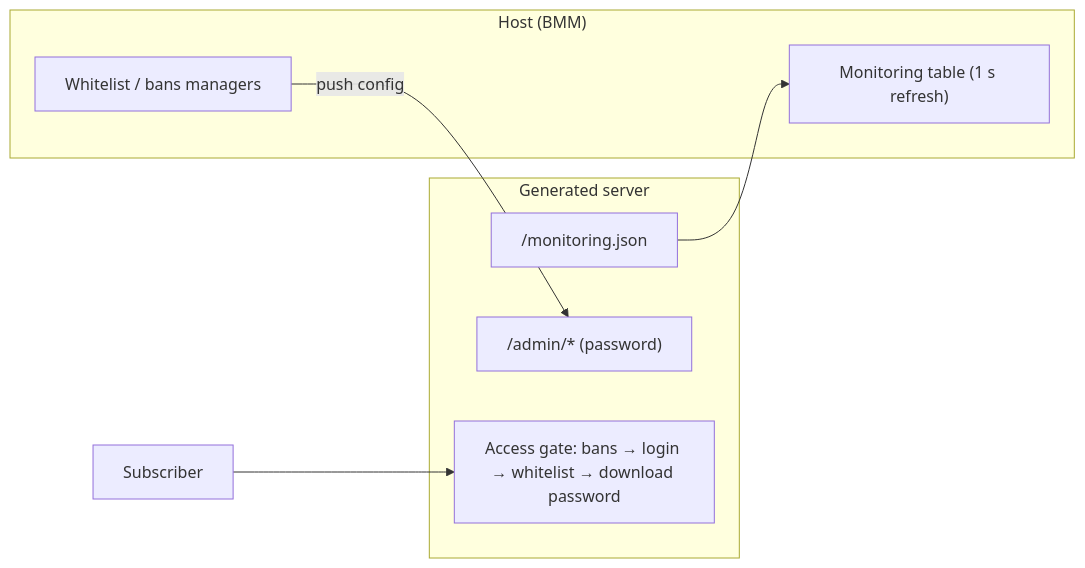
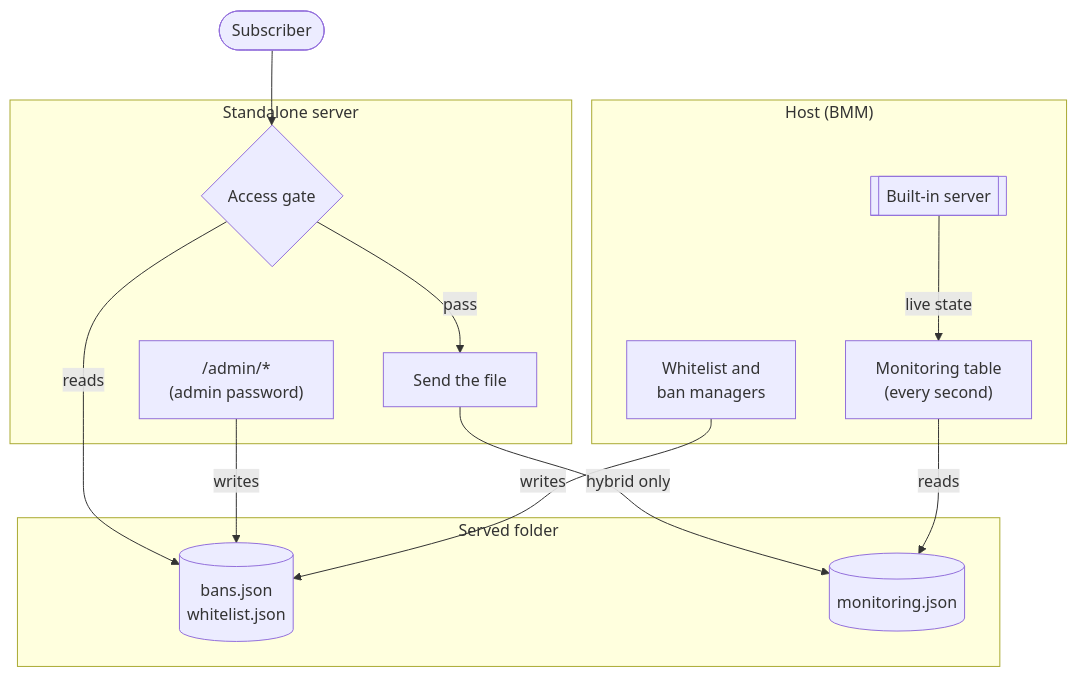
Before and after one commit to FreeProject089/BetterModsManager: the diagram in frontend/assets/docs/en/features/repo.md, drawn with Mermaid. The commit also changed other lines of this file and 176 other files, not shown here.

````diff
--- a/frontend/assets/docs/en/features/repo.md
+++ b/frontend/assets/docs/en/features/repo.md
@@ -212,15 +212,25 @@
 ```mermaid
-graph LR
-    subgraph Host["Host (BMM)"]
-        MON["Monitoring table (1 s refresh)"]
-        WL["Whitelist / bans managers"]
+flowchart TD
+    subgraph HOST["Host (BMM)"]
+        BUILTIN[["Built-in server"]]
+        MON["Monitoring table<br/>(every second)"]
+        WL["Whitelist and<br/>ban managers"]
     end
-    subgraph Server["Generated server"]
-        MJSON["/monitoring.json"]
-        ADMIN["/admin/* (password)"]
-        GATE["Access gate: bans → login → whitelist → download password"]
+    subgraph SRV["Standalone server"]
+        GATE{"Access gate"}
+        SERVE["Send the file"]
+        ADMIN["/admin/*<br/>(admin password)"]
     end
-    MJSON --> MON
-    WL -- "push config" --> ADMIN
-    CLIENT["Subscriber"] --> GATE
+    subgraph DIR["Served folder"]
+        LISTS[("bans.json<br/>whitelist.json")]
+        MJSON[("monitoring.json")]
+    end
+    CLIENT(["Subscriber"]) --> GATE
+    GATE -- "pass" --> SERVE
+    SERVE -- "hybrid only" --> MJSON
+    GATE -- "reads" --> LISTS
+    ADMIN -- "writes" --> LISTS
+    BUILTIN -- "live state" --> MON
+    MON -- "reads" --> MJSON
+    WL -- "writes" --> LISTS
 ```
````
